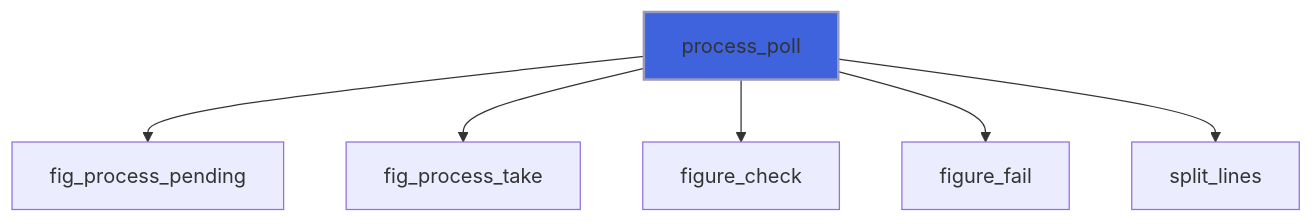
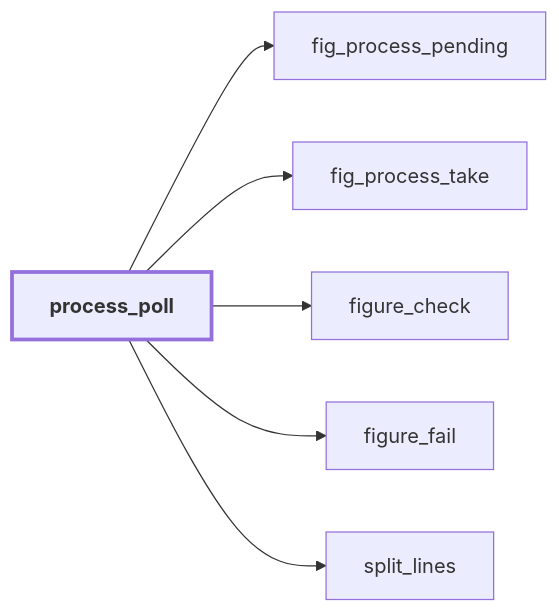
One commit to szaghi/figure changed the third of 16 diagrams in docs/api/src/lib/figure_process.md. Above: the diagram before and after it, drawn with Mermaid. The commit also changed other lines of this file and 54 other files, not shown here.

````diff
--- a/docs/api/src/lib/figure_process.md
+++ b/docs/api/src/lib/figure_process.md
@@ -197,9 +211,15 @@
 ```mermaid
-flowchart TD
+flowchart LR
   process_poll["process_poll"] --> fig_process_pending["fig_process_pending"]
   process_poll["process_poll"] --> fig_process_take["fig_process_take"]
   process_poll["process_poll"] --> figure_check["figure_check"]
   process_poll["process_poll"] --> figure_fail["figure_fail"]
   process_poll["process_poll"] --> split_lines["split_lines"]
-  style process_poll fill:#3e63dd,stroke:#99b,stroke-width:2px
+  classDef focus stroke-width:3px,font-weight:bold
+  class process_poll focus
+  click figure_fail href "figure_base.html#figure-fail" "figure_fail"
+  click fig_process_pending href "figure_c_native.html#fig-process-pending" "fig_process_pending"
+  click fig_process_take href "figure_c_native.html#fig-process-take" "fig_process_take"
+  click split_lines href "#split-lines" "split_lines"
+  click figure_check href "figure_base.html#figure-check" "figure_check"
 ```
````
